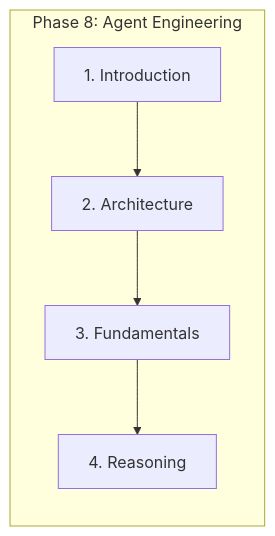
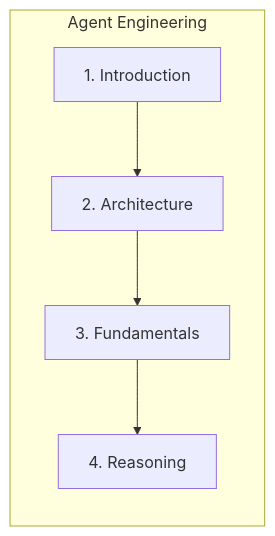
Before and after one commit to abdulsamad183/ai-engineering-playbook: the first of 3 diagrams in domains/ai-agents/introduction-to-agent-engineering.md, drawn with Mermaid. The commit also changed other lines of this file and 301 other files, not shown here.

````diff
--- a/domains/ai-agents/introduction-to-agent-engineering.md
+++ b/domains/ai-agents/introduction-to-agent-engineering.md
@@ -54,10 +54,10 @@
 ```mermaid
 flowchart LR
-    subgraph "Phase 8: Agent Engineering"
+    subgraph "Agent Engineering"
         S1[1. Introduction]
         S2[2. Architecture]
         S3[3. Fundamentals]
         S4[4. Reasoning]
     end
     S1 --> S2 --> S3 --> S4
 ```
````
